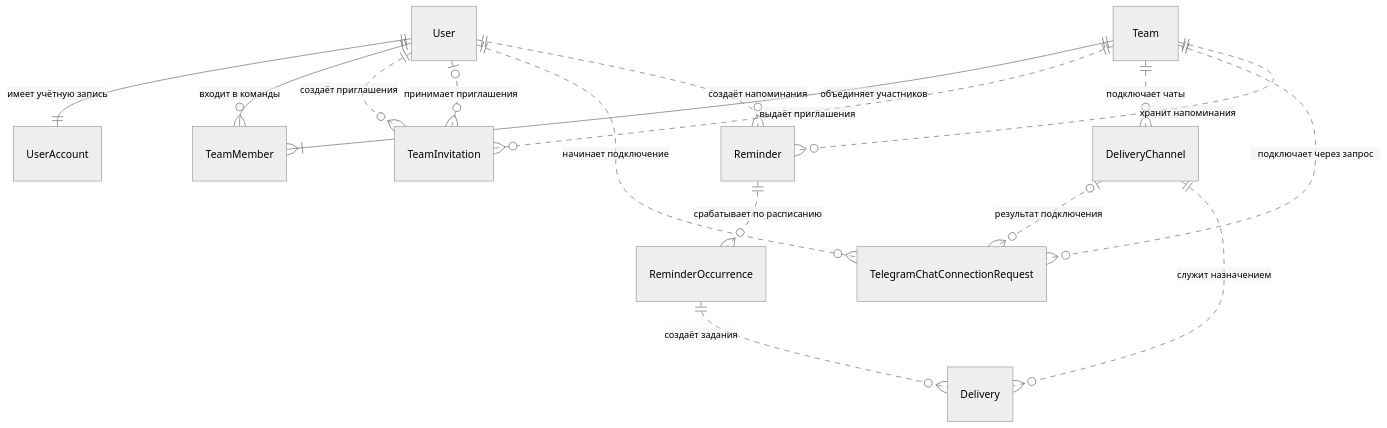
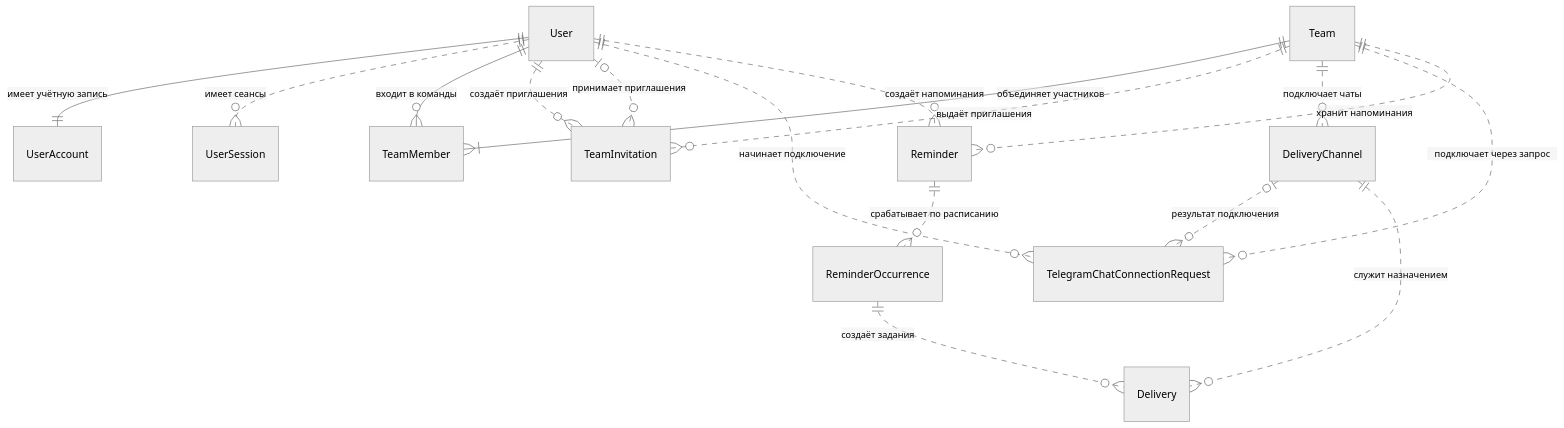
The diagram in docs/04-data-model.md (Code-Brew-Git-Hub/K.Alert), drawn with Mermaid (neutral theme) before and after one commit. The commit also changed other lines of this file and 4 other files, not shown here.

````diff
--- a/docs/04-data-model.md
+++ b/docs/04-data-model.md
@@ -7,19 +7,20 @@
 ```mermaid
 erDiagram
     direction TB
     User ||--|| UserAccount : "имеет учётную запись"
+    User ||..o{ UserSession : "имеет сеансы"
     User ||--o{ TeamMember : "входит в команды"
     Team ||--|{ TeamMember : "объединяет участников"
     Team ||..o{ TeamInvitation : "выдаёт приглашения"
     User ||..o{ TeamInvitation : "создаёт приглашения"
     User |o..o{ TeamInvitation : "принимает приглашения"
     Team ||..o{ DeliveryChannel : "подключает чаты"
     Team ||..o{ TelegramChatConnectionRequest : "подключает через запрос"
     User ||..o{ TelegramChatConnectionRequest : "начинает подключение"
     DeliveryChannel |o..o{ TelegramChatConnectionRequest : "результат подключения"
     Team ||..o{ Reminder : "хранит напоминания"
     User ||..o{ Reminder : "создаёт напоминания"
     Reminder ||..o{ ReminderOccurrence : "срабатывает по расписанию"
     ReminderOccurrence ||..o{ Delivery : "создаёт задания"
     DeliveryChannel ||..o{ Delivery : "служит назначением"
 ```
````
